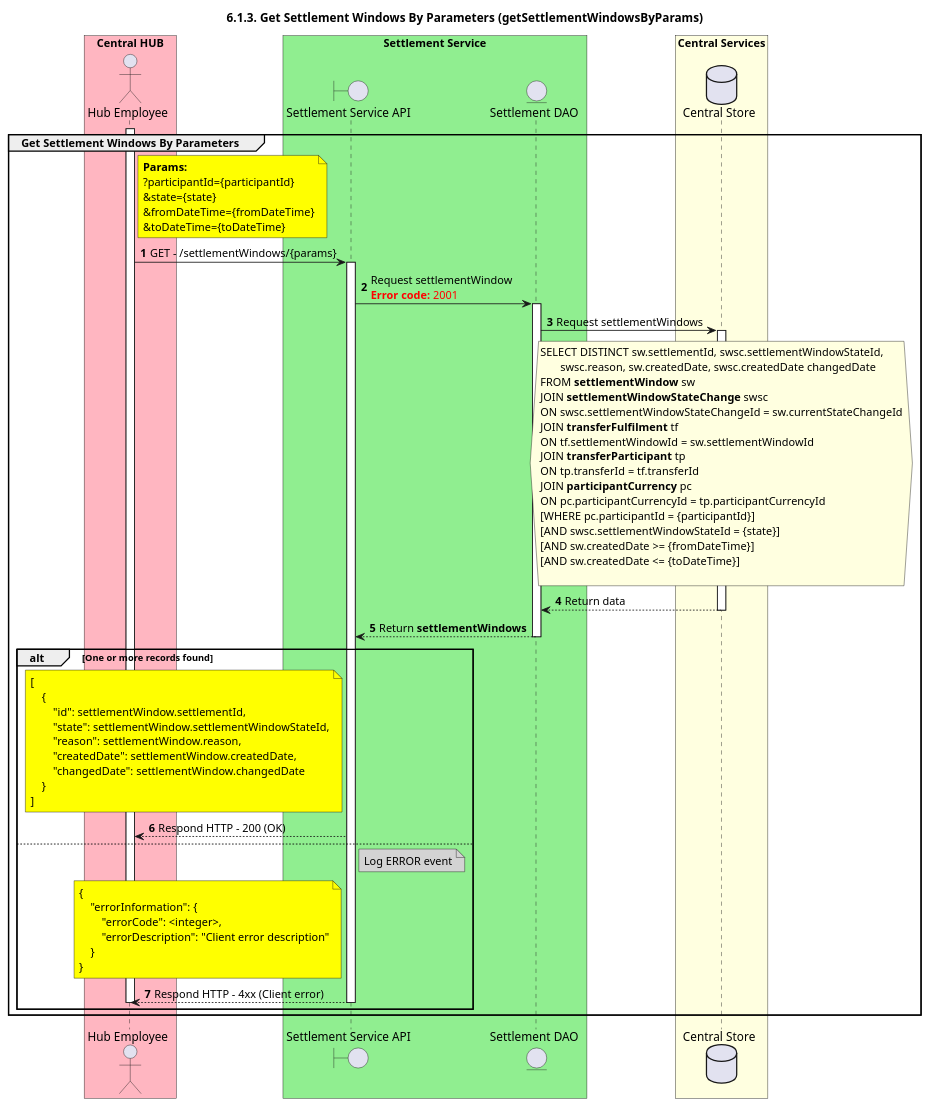
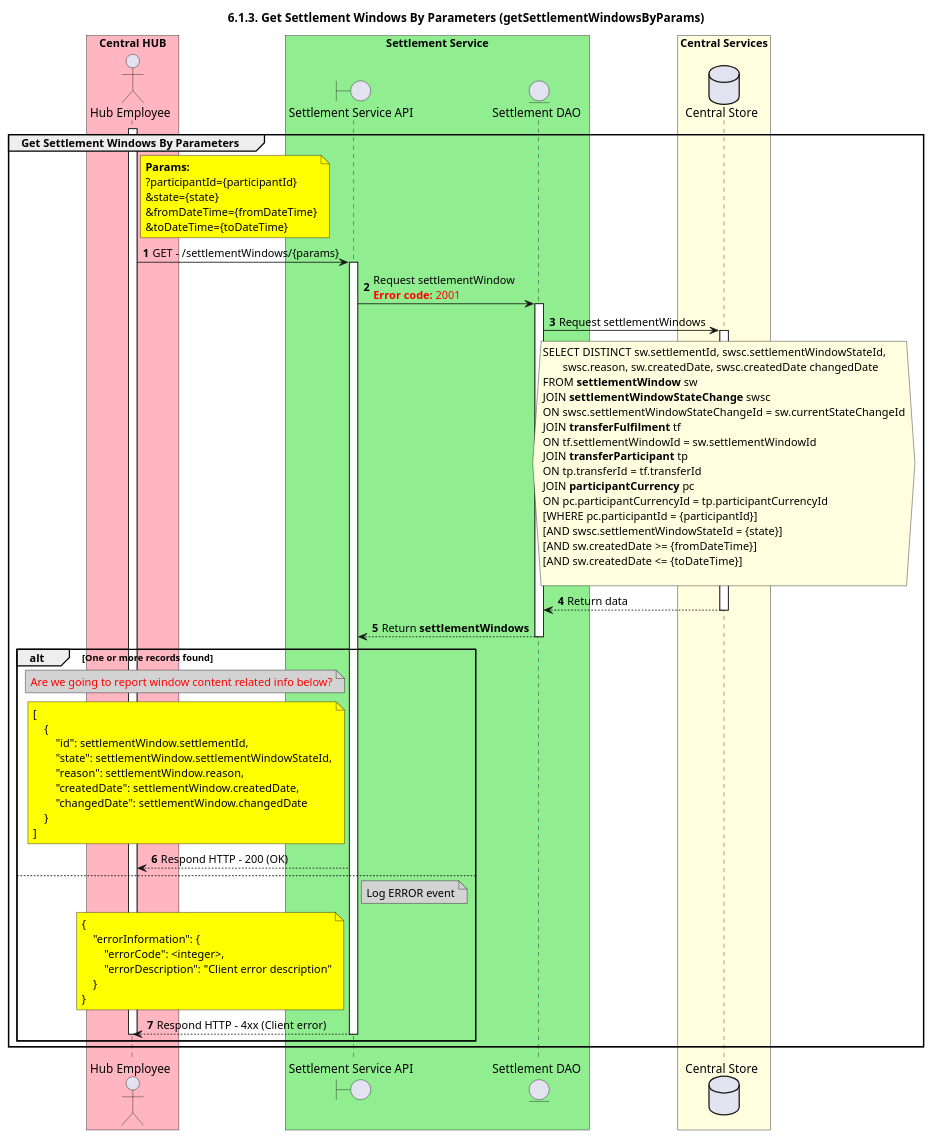
One commit to mojaloop/documentation changed the diagram in mojaloop-technical-overview/central-settlements/settlement-process/assets/diagrams/sequence/seq-setwindow-6.1.3.plantuml. Above: the diagram before and after it, drawn with PlantUML. The commit also changed other lines of this file and 11 other files, not shown here.

```diff
--- a/mojaloop-technical-overview/central-settlements/settlement-process/assets/diagrams/sequence/seq-setwindow-6.1.3.plantuml
+++ b/mojaloop-technical-overview/central-settlements/settlement-process/assets/diagrams/sequence/seq-setwindow-6.1.3.plantuml
@@ -25,96 +26,99 @@
 @startuml
 ' declate title
 title 6.1.3. Get Settlement Windows By Parameters (getSettlementWindowsByParams)
 
 autonumber
 
 ' declare actors
 
 actor "Hub Employee" as OPERATOR
 boundary "Settlement Service API" as SSAPI
 entity "Settlement DAO" as SETTLE_DAO
 database "Central Store" as DB
 
 box "Central HUB" #lightpink
     participant OPERATOR
 end box
 
 box "Settlement Service" #lightgreen
     participant SSAPI
     participant SETTLE_DAO
 end box
 
 box "Central Services" #lightyellow
     participant DB
 end box
 
 ' start flow
 
 group Get Settlement Windows By Parameters
     activate OPERATOR
     note right of OPERATOR #yellow
         **Params:**
         ?participantId={participantId}
         &state={state}
         &fromDateTime={fromDateTime}
         &toDateTime={toDateTime}
     end note
     OPERATOR -> SSAPI: GET - /settlementWindows/{params}
     activate SSAPI
     SSAPI -> SETTLE_DAO: Request settlementWindow\n<color #FF0000><b>Error code:</b> 2001</color>
     activate SETTLE_DAO
     SETTLE_DAO -> DB: Request settlementWindows
     activate DB
     hnote over DB #lightyellow
         SELECT DISTINCT sw.settlementId, swsc.settlementWindowStateId,
                swsc.reason, sw.createdDate, swsc.createdDate changedDate
         FROM **settlementWindow** sw
         JOIN **settlementWindowStateChange** swsc
         ON swsc.settlementWindowStateChangeId = sw.currentStateChangeId
         JOIN **transferFulfilment** tf
         ON tf.settlementWindowId = sw.settlementWindowId
         JOIN **transferParticipant** tp
         ON tp.transferId = tf.transferId
         JOIN **participantCurrency** pc
         ON pc.participantCurrencyId = tp.participantCurrencyId
         [WHERE pc.participantId = {participantId}]
         [AND swsc.settlementWindowStateId = {state}]
         [AND sw.createdDate >= {fromDateTime}]
         [AND sw.createdDate <= {toDateTime}]
 
     end hnote
     SETTLE_DAO <-- DB: Return data
     deactivate DB
     SSAPI <-- SETTLE_DAO: Return **settlementWindows**
     deactivate SETTLE_DAO
     alt One or more records found
+        note left of SSAPI #lightgray
+            <color #red>Are we going to report window content related info below?</color>
+        end note
         note left of SSAPI #yellow
             [
                 {
                     "id": settlementWindow.settlementId,
                     "state": settlementWindow.settlementWindowStateId,
                     "reason": settlementWindow.reason,
                     "createdDate": settlementWindow.createdDate,
                     "changedDate": settlementWindow.changedDate
                 }
             ]
         end note
         OPERATOR <-- SSAPI: Respond HTTP - 200 (OK)
     else 
         note right of SSAPI #lightgray
             Log ERROR event
         end note
         note left of SSAPI #yellow
             {
                 "errorInformation": {
                     "errorCode": <integer>,
                     "errorDescription": "Client error description"
                 }
             }
         end note
         OPERATOR <-- SSAPI: Respond HTTP - 4xx (Client error)
         deactivate SSAPI
     deactivate OPERATOR
     end
 end
 @enduml
```
